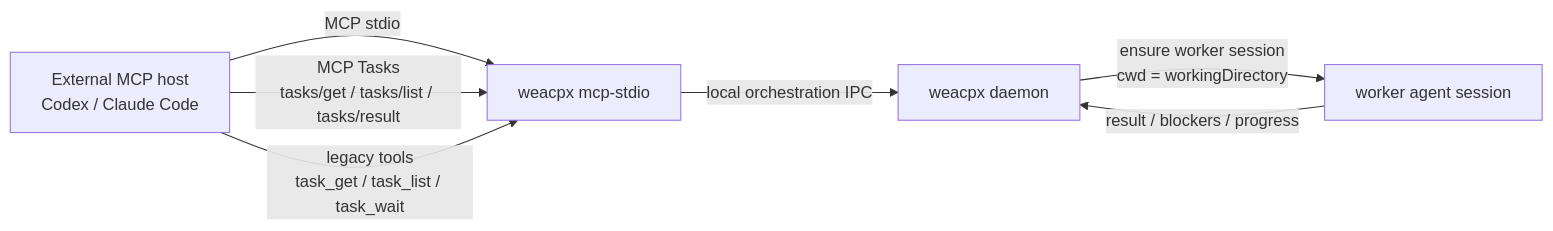
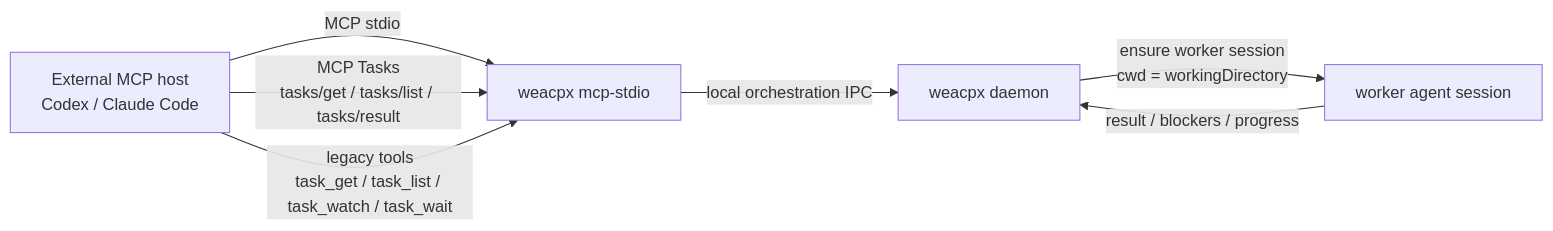
One commit to gadzan/weacpx changed the first of 4 diagrams in docs/external-mcp.md. Above: the diagram before and after it, drawn with Mermaid. The commit also changed other lines of this file and 19 other files, not shown here.

First line of the commit message:
feat: add task_watch orchestration with persistent task events

````diff
--- a/docs/external-mcp.md
+++ b/docs/external-mcp.md
@@ -15,9 +15,9 @@
 ```mermaid
 flowchart LR
   Host[External MCP host<br/>Codex / Claude Code] -->|MCP stdio| Mcp[weacpx mcp-stdio]
   Mcp -->|local orchestration IPC| Daemon[weacpx daemon]
   Daemon -->|ensure worker session<br/>cwd = workingDirectory| Worker[worker agent session]
   Worker -->|result / blockers / progress| Daemon
   Host -->|MCP Tasks<br/>tasks/get / tasks/list / tasks/result| Mcp
-  Host -->|legacy tools<br/>task_get / task_list / task_wait| Mcp
+  Host -->|legacy tools<br/>task_get / task_list / task_watch / task_wait| Mcp
 ```
````
